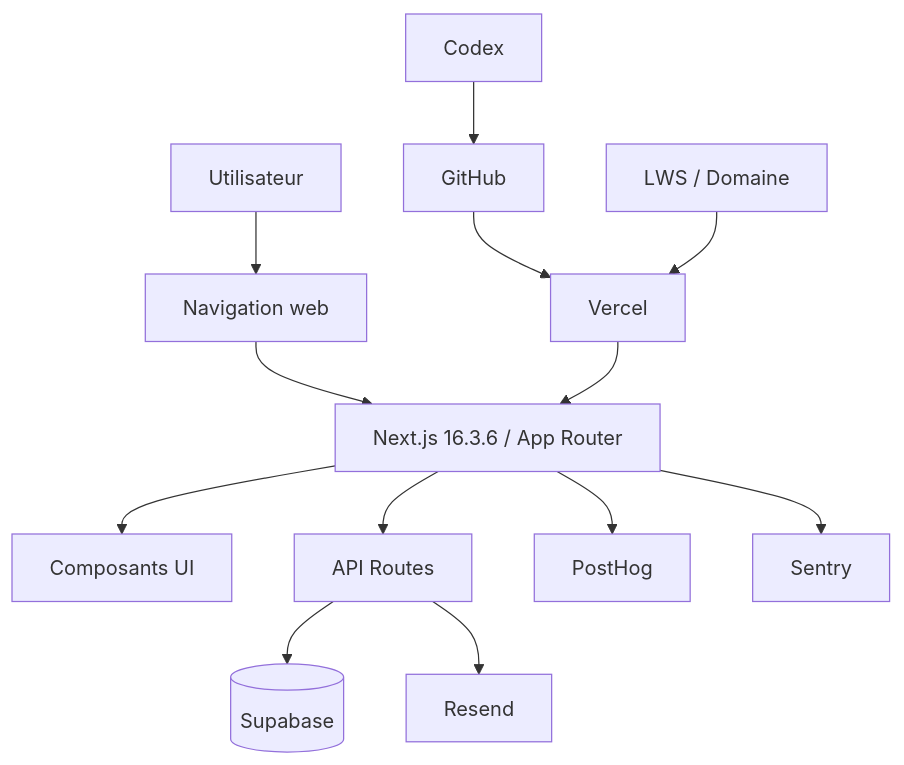
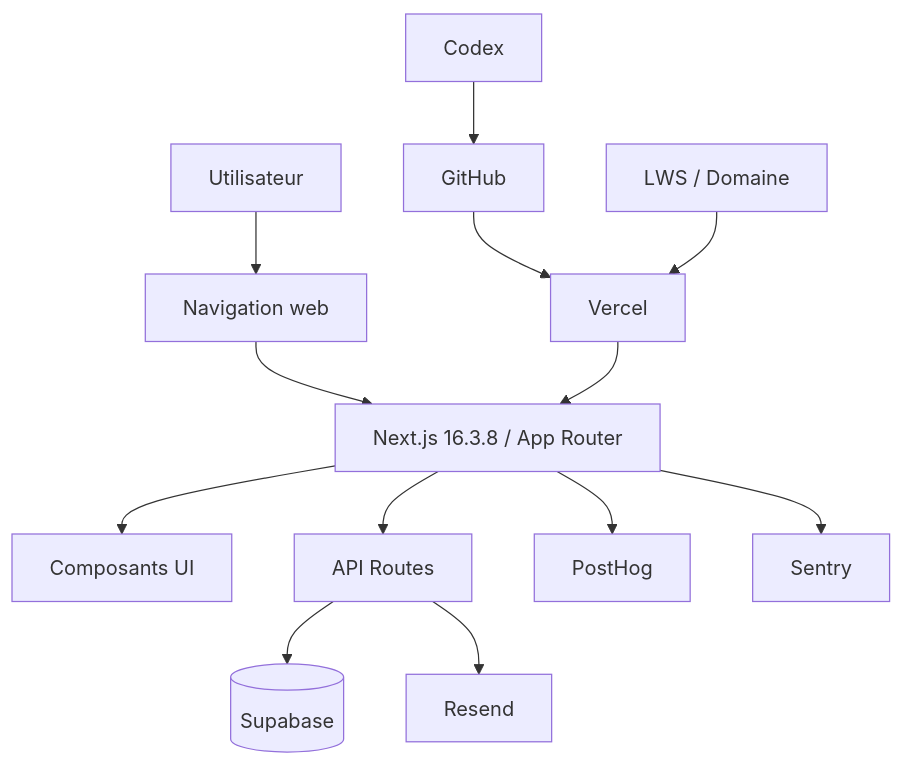
One commit to maxd4/CleanmyMap changed the diagram in documentation/architecture/methodologie-fonctionnement-site.md. Above: the diagram before and after it, drawn with Mermaid. The commit also changed other lines of this file and 5 other files, not shown here.

````diff
--- a/documentation/architecture/methodologie-fonctionnement-site.md
+++ b/documentation/architecture/methodologie-fonctionnement-site.md
@@ -25,17 +25,17 @@
 ```mermaid
 flowchart TD
   U[Utilisateur] --> N[Navigation web]
-  N --> W[Next.js 16.3.6 / App Router]
+  N --> W[Next.js 16.3.8 / App Router]
   W --> C[Composants UI]
   W --> A[API Routes]
 
   A --> S[(Supabase)]
   A --> R[Resend]
   W --> P[PostHog]
   W --> E[Sentry]
 
   G[GitHub] --> V[Vercel]
   Cx[Codex] --> G
   V --> W
   D[LWS / Domaine] --> V
 ```
````
